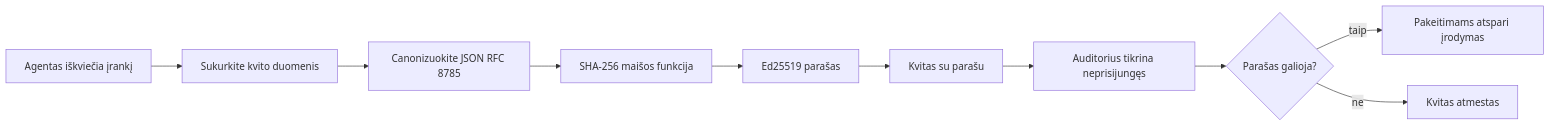
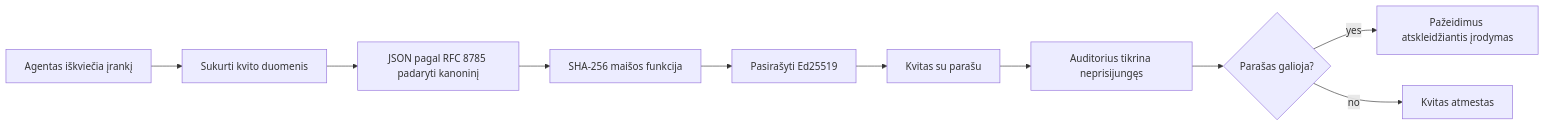
Before and after one commit to microsoft/ai-agents-for-beginners: the first of 2 diagrams in translations/lt/18-securing-ai-agents/README.md, drawn with Mermaid. The commit also changed other lines of this file and 225 other files, not shown here.

````diff
--- a/translations/lt/18-securing-ai-agents/README.md
+++ b/translations/lt/18-securing-ai-agents/README.md
@@ -51,12 +51,12 @@
 ```mermaid
 flowchart LR
-    A[Agentas iškviečia įrankį] --> B[Sukurkite kvito duomenis]
-    B --> C[Canonizuokite JSON RFC 8785]
+    A[Agentas iškviečia įrankį] --> B[Sukurti kvito duomenis]
+    B --> C[JSON pagal RFC 8785 padaryti kanoninį]
     C --> D[SHA-256 maišos funkcija]
-    D --> E[Ed25519 parašas]
+    D --> E[Pasirašyti Ed25519]
     E --> F[Kvitas su parašu]
     F --> G[Auditorius tikrina neprisijungęs]
     G --> H{Parašas galioja?}
-    H -- taip --> I[Pakeitimams atspari įrodymas]
-    H -- ne --> J[Kvitas atmestas]
+    H -- yes --> I[Pažeidimus atskleidžiantis įrodymas]
+    H -- no --> J[Kvitas atmestas]
 ```
````
